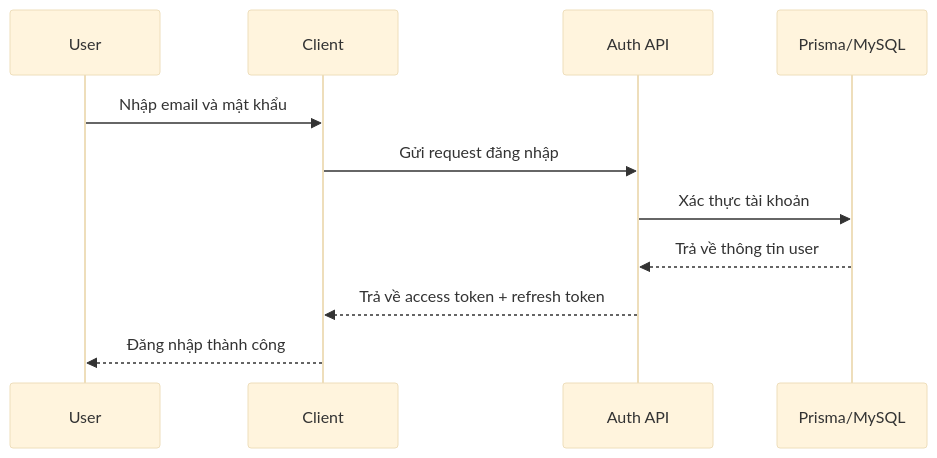
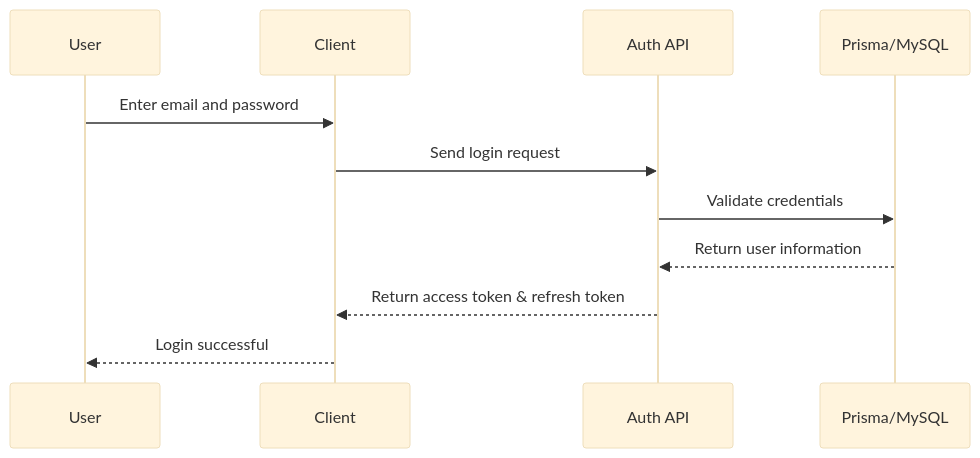
The first of 4 diagrams in README.md (LeNguyenTatThang/Halogram), drawn with Mermaid (base theme) before and after one commit. The commit also changed other lines of this file, not shown here.

````diff
--- a/README.md
+++ b/README.md
@@ -298,14 +319,14 @@
 ```mermaid
 sequenceDiagram
     participant U as User
     participant C as Client
-    participant A as Auth API
+    participant API as Auth API
     participant DB as Prisma/MySQL
 
-    U->>C: Nhập email và mật khẩu
-    C->>A: Gửi request đăng nhập
-    A->>DB: Xác thực tài khoản
-    DB-->>A: Trả về thông tin user
-    A-->>C: Trả về access token + refresh token
-    C-->>U: Đăng nhập thành công
+    U->>C: Enter email and password
+    C->>API: Send login request
+    API->>DB: Validate credentials
+    DB-->>API: Return user information
+    API-->>C: Return access token & refresh token
+    C-->>U: Login successful
 ```
````
